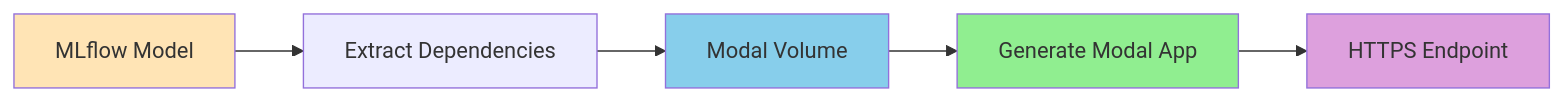
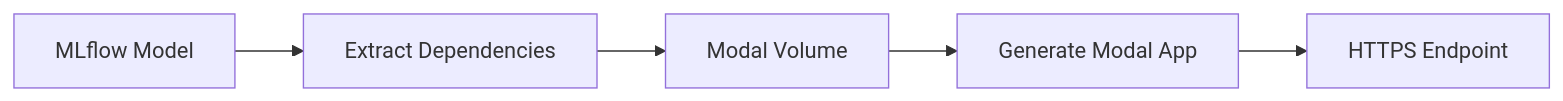
The diagram in README.md (debu-sinha/mlflow-modal), drawn with Mermaid before and after one commit.

Commit message:
fix: Remove Mermaid diagram styling for dark mode compatibility

````diff
--- a/README.md
+++ b/README.md
@@ -34,12 +34,7 @@
 ```mermaid
 flowchart LR
     A[MLflow Model] --> B[Extract Dependencies]
     B --> C[Modal Volume]
     C --> D[Generate Modal App]
     D --> E[HTTPS Endpoint]
-
-    style A fill:#FFE4B5
-    style C fill:#87CEEB
-    style D fill:#90EE90
-    style E fill:#DDA0DD
 ```
````
